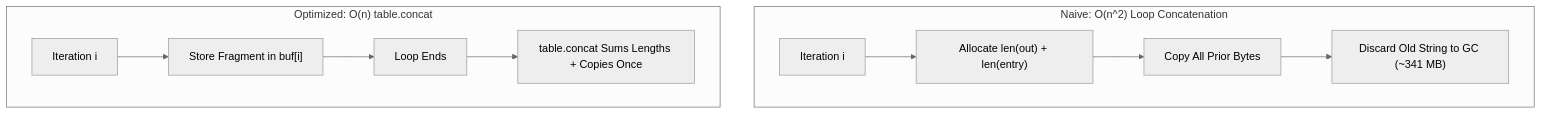
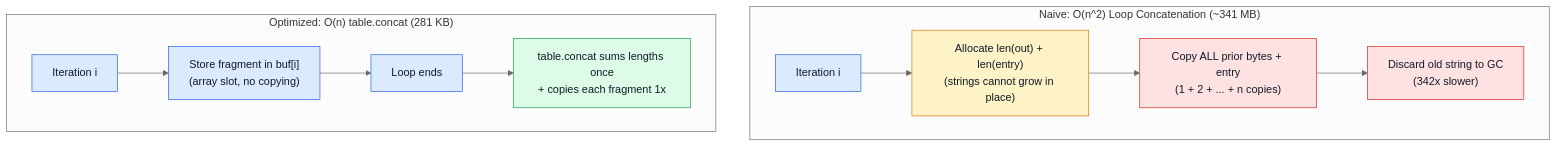
The diagram in lessons/StringConcat/Tutorial/en.md (LevyArsOS/lua-lessons), drawn with Mermaid (neutral theme) before and after one commit. The commit also changed other lines of this file and 3 other files, not shown here.

First line of the commit message:
docs(tutorials): upgrade MetatableOverhead and StringConcat diagrams

````diff
--- a/lessons/StringConcat/Tutorial/en.md
+++ b/lessons/StringConcat/Tutorial/en.md
@@ -48,14 +48,19 @@
 ```mermaid
 flowchart TD
-    subgraph Naive["Naive: O(n^2) Loop Concatenation"]
-        N1["Iteration i"] --> N2["Allocate len(out) + len(entry)"]
-        N2 --> N3["Copy All Prior Bytes"]
-        N3 --> N4["Discard Old String to GC (~341 MB)"]
+    classDef slow fill:#fee2e2,stroke:#dc2626,color:#111827
+    classDef fast fill:#dcfce7,stroke:#16a34a,color:#111827
+    classDef vm fill:#dbeafe,stroke:#2563eb,color:#111827
+    classDef warn fill:#fef3c7,stroke:#d97706,color:#111827
+
+    subgraph Naive["Naive: O(n^2) Loop Concatenation (~341 MB)"]
+        N1["Iteration i"]:::vm --> N2["Allocate len(out) + len(entry)<br/>(strings cannot grow in place)"]:::warn
+        N2 --> N3["Copy ALL prior bytes + entry<br/>(1 + 2 + ... + n copies)"]:::slow
+        N3 --> N4["Discard old string to GC<br/>(342x slower)"]:::slow
     end
 
-    subgraph Optimized["Optimized: O(n) table.concat"]
-        O1["Iteration i"] --> O2["Store Fragment in buf[i]"]
-        O2 --> O3["Loop Ends"]
-        O3 --> O4["table.concat Sums Lengths + Copies Once"]
+    subgraph Optimized["Optimized: O(n) table.concat (281 KB)"]
+        O1["Iteration i"]:::vm --> O2["Store fragment in buf[i]<br/>(array slot, no copying)"]:::vm
+        O2 --> O3["Loop ends"]:::vm
+        O3 --> O4["table.concat sums lengths once<br/>+ copies each fragment 1x"]:::fast
     end
 ```
````
